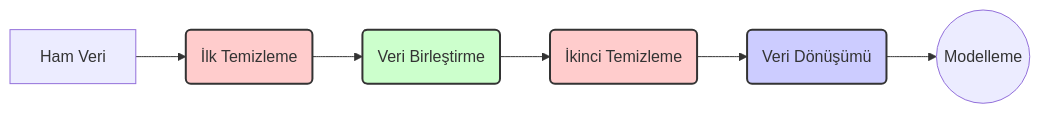
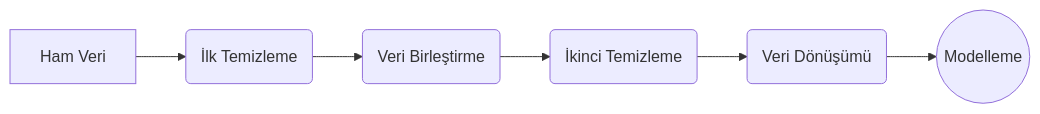
The diagram in content/1-ders-notlari/2-sinif/2-2-bahar/veri-madenciligi/Teorik Notlar/veri-madenciligi-2.md (meto-data/noetic-logos), drawn with Mermaid before and after one commit. The commit also changed 7 other files, not shown here.

````diff
--- a/content/1-ders-notlari/2-sinif/2-2-bahar/veri-madenciligi/Teorik Notlar/veri-madenciligi-2.md
+++ b/content/1-ders-notlari/2-sinif/2-2-bahar/veri-madenciligi/Teorik Notlar/veri-madenciligi-2.md
@@ -71,13 +71,8 @@
 ```mermaid
 graph LR
     A[Ham Veri] --> B(İlk Temizleme)
     B --> C(Veri Birleştirme)
     C --> D(İkinci Temizleme)
     D --> E(Veri Dönüşümü)
     E --> F((Modelleme))
-    
-    style B fill:#ffcccc,stroke:#333,stroke-width:2px
-    style C fill:#ccffcc,stroke:#333,stroke-width:2px
-    style D fill:#ffcccc,stroke:#333,stroke-width:2px
-    style E fill:#ccccff,stroke:#333,stroke-width:2px
 ```
````
